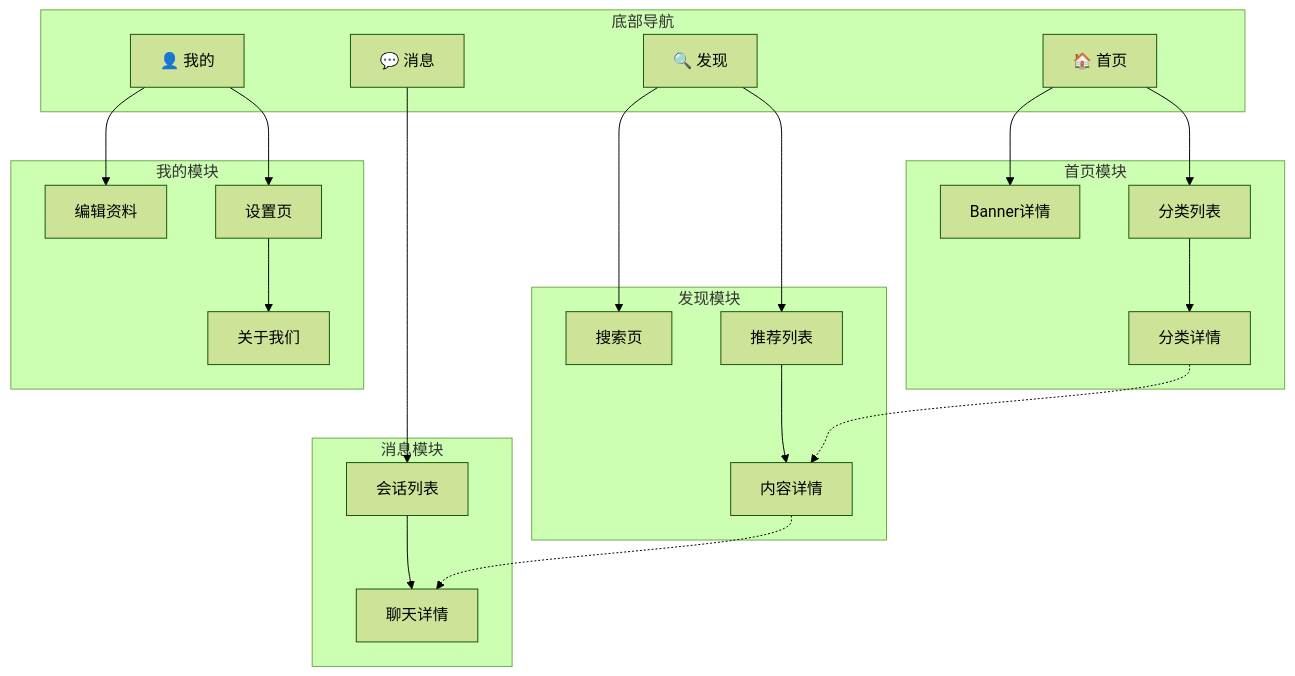
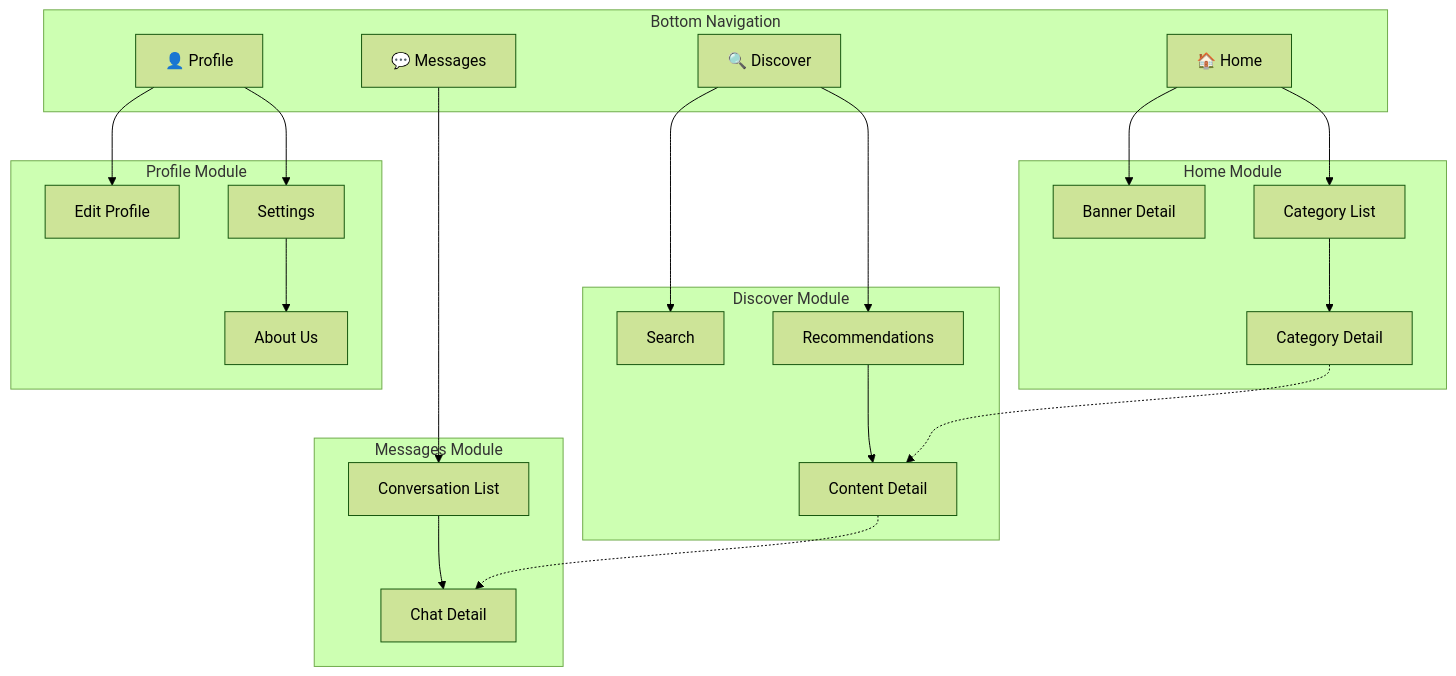
One commit to weiping/ixd-design-skill changed the diagram in skills/ixd-design/references/phase2-architecture.md. Above: the diagram before and after it, drawn with Mermaid (forest theme). The commit also changed other lines of this file and 14 other files, not shown here.

````diff
--- a/skills/ixd-design/references/phase2-architecture.md
+++ b/skills/ixd-design/references/phase2-architecture.md
@@ -115,36 +115,36 @@
 ```mermaid
 graph TD
-    subgraph 底部导航
-        T1[🏠 首页]
-        T2[🔍 发现]
-        T3[💬 消息]
-        T4[👤 我的]
+    subgraph Bottom Navigation
+        T1[🏠 Home]
+        T2[🔍 Discover]
+        T3[💬 Messages]
+        T4[👤 Profile]
     end
 
-    subgraph 首页模块
-        T1 --> P01[Banner详情]
-        T1 --> P02[分类列表]
-        P02 --> P03[分类详情]
+    subgraph Home Module
+        T1 --> P01[Banner Detail]
+        T1 --> P02[Category List]
+        P02 --> P03[Category Detail]
     end
 
-    subgraph 发现模块
-        T2 --> P04[搜索页]
-        T2 --> P05[推荐列表]
-        P05 --> P06[内容详情]
+    subgraph Discover Module
+        T2 --> P04[Search]
+        T2 --> P05[Recommendations]
+        P05 --> P06[Content Detail]
     end
 
-    subgraph 消息模块
-        T3 --> P07[会话列表]
-        P07 --> P08[聊天详情]
+    subgraph Messages Module
+        T3 --> P07[Conversation List]
+        P07 --> P08[Chat Detail]
     end
 
-    subgraph 我的模块
-        T4 --> P09[编辑资料]
-        T4 --> P10[设置页]
-        P10 --> P11[关于我们]
+    subgraph Profile Module
+        T4 --> P09[Edit Profile]
+        T4 --> P10[Settings]
+        P10 --> P11[About Us]
     end
 
     %% Cross-module links
     P06 -.-> P08
     P03 -.-> P06
 ```
````
